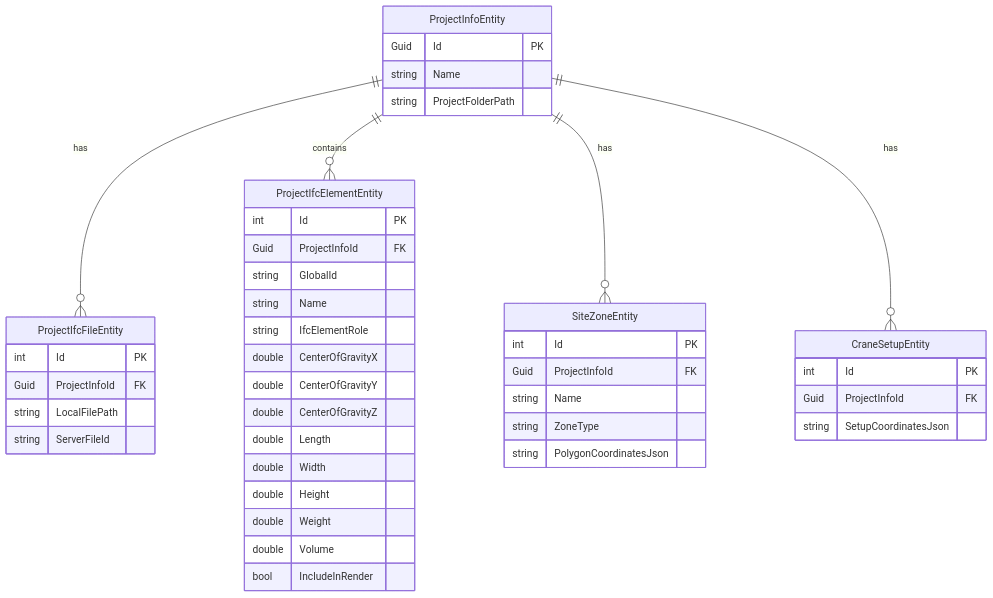
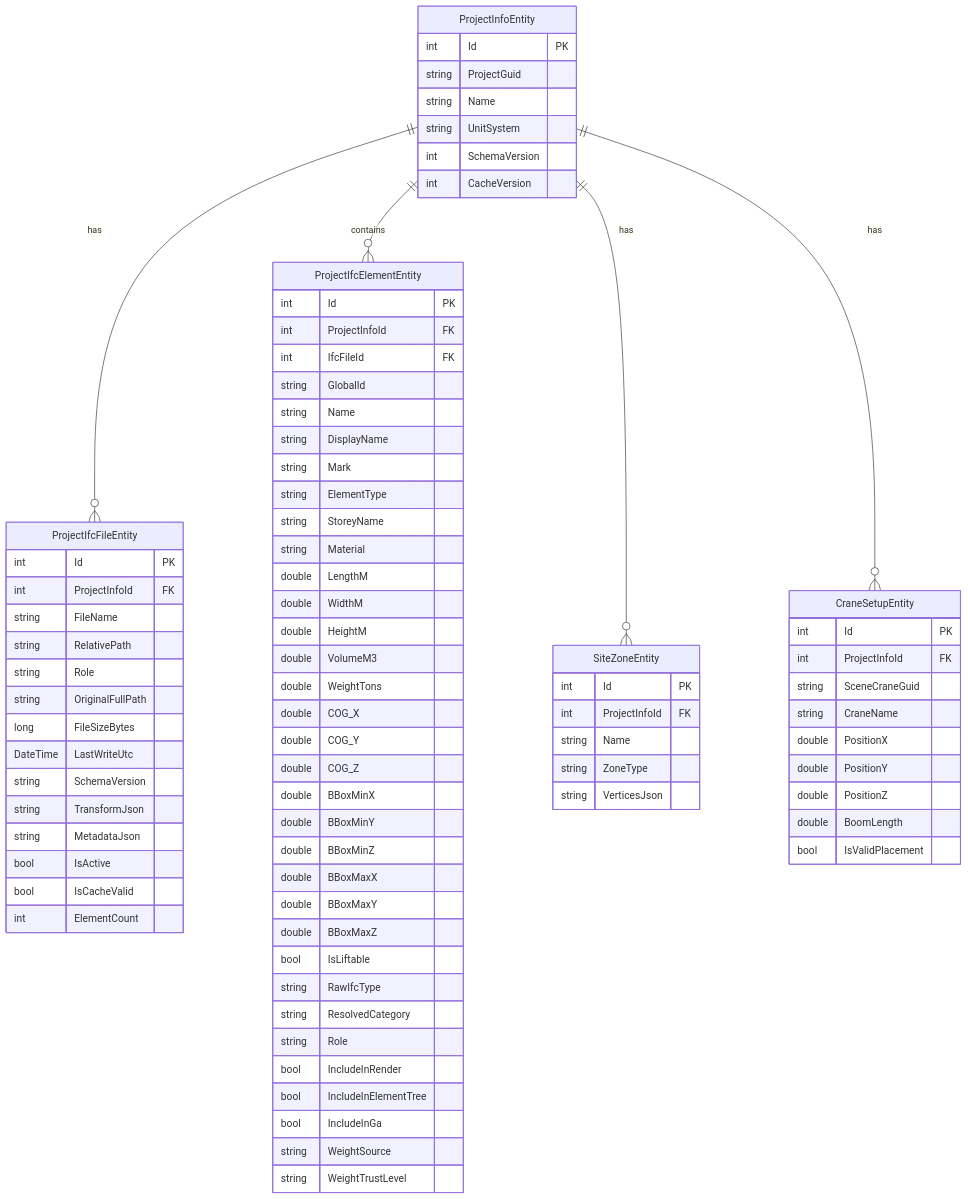
One commit to ITI-intake46/CranePathOptimizer changed the second of 2 diagrams in docs/architecture/database.md. Above: the diagram before and after it, drawn with Mermaid. The commit also changed other lines of this file and 13 other files, not shown here.

Commit message:
docs: finalize implementation-aligned documentation and refactoring roadmap for ifc

````diff
--- a/docs/architecture/database.md
+++ b/docs/architecture/database.md
@@ -73,42 +73,80 @@
     ProjectInfoEntity ||--o{ CraneSetupEntity : has
 
     ProjectInfoEntity {
-        Guid Id PK
+        int Id PK
+        string ProjectGuid
         string Name
-        string ProjectFolderPath
+        string UnitSystem
+        int SchemaVersion
+        int CacheVersion
     }
     ProjectIfcFileEntity {
         int Id PK
-        Guid ProjectInfoId FK
-        string LocalFilePath
-        string ServerFileId
+        int ProjectInfoId FK
+        string FileName
+        string RelativePath
+        string Role
+        string OriginalFullPath
+        long FileSizeBytes
+        DateTime LastWriteUtc
+        string SchemaVersion
+        string TransformJson
+        string MetadataJson
+        bool IsActive
+        bool IsCacheValid
+        int ElementCount
     }
     ProjectIfcElementEntity {
         int Id PK
-        Guid ProjectInfoId FK
+        int ProjectInfoId FK
+        int IfcFileId FK
         string GlobalId
         string Name
-        string IfcElementRole
-        double CenterOfGravityX
-        double CenterOfGravityY
-        double CenterOfGravityZ
-        double Length
-        double Width
-        double Height
-        double Weight
-        double Volume
+        string DisplayName
+        string Mark
+        string ElementType
+        string StoreyName
+        string Material
+        double LengthM
+        double WidthM
+        double HeightM
+        double VolumeM3
+        double WeightTons
+        double COG_X
+        double COG_Y
+        double COG_Z
+        double BBoxMinX
+        double BBoxMinY
+        double BBoxMinZ
+        double BBoxMaxX
+        double BBoxMaxY
+        double BBoxMaxZ
+        bool IsLiftable
+        string RawIfcType
+        string ResolvedCategory
+        string Role
         bool IncludeInRender
+        bool IncludeInElementTree
+        bool IncludeInGa
+        string WeightSource
+        string WeightTrustLevel
     }
     SiteZoneEntity {
         int Id PK
-        Guid ProjectInfoId FK
+        int ProjectInfoId FK
         string Name
         string ZoneType
-        string PolygonCoordinatesJson
+        string VerticesJson
     }
     CraneSetupEntity {
         int Id PK
-        Guid ProjectInfoId FK
-        string SetupCoordinatesJson
+        int ProjectInfoId FK
+        string SceneCraneGuid
+        string CraneName
+        double PositionX
+        double PositionY
+        double PositionZ
+        double BoomLength
+        bool IsValidPlacement
     }
 ```
````
